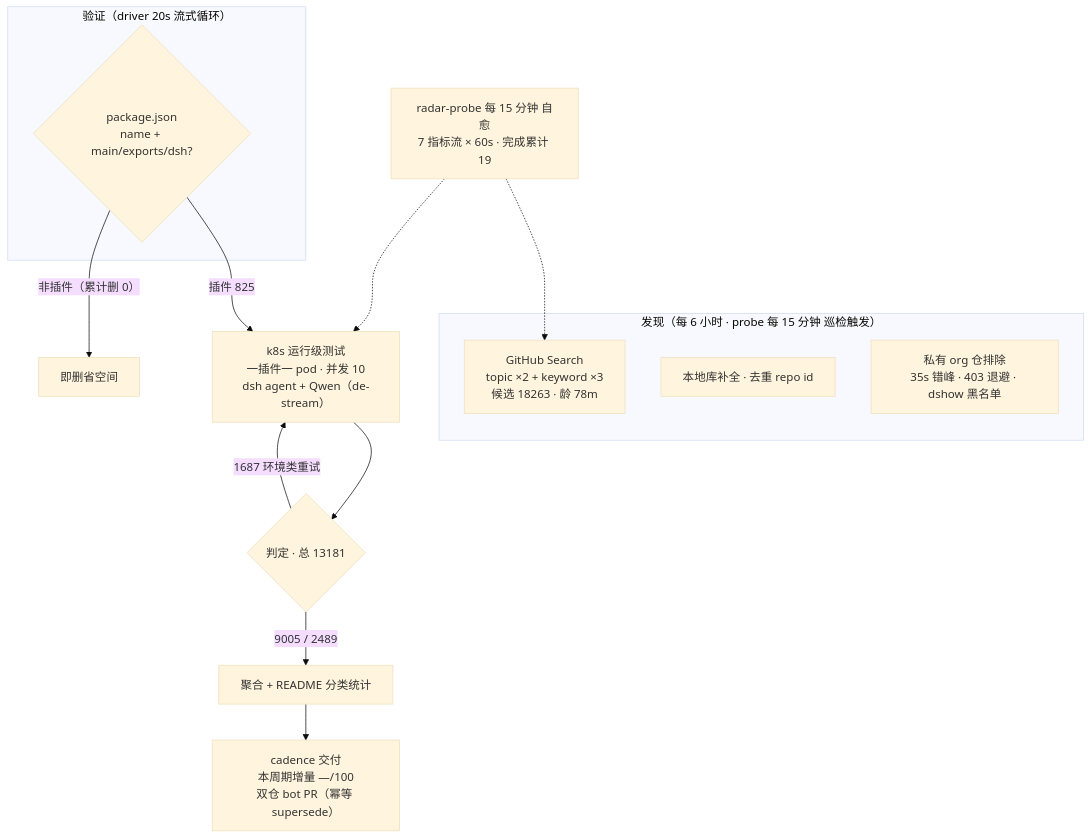
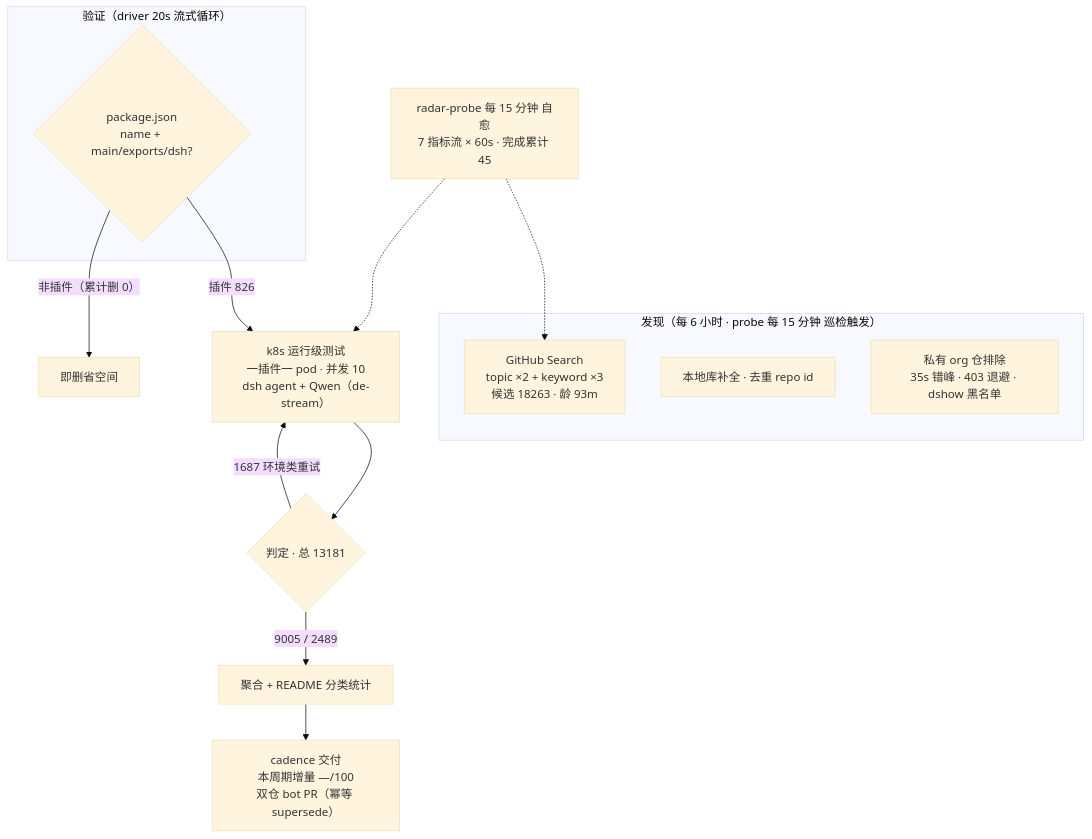
One commit to AdamPlatin123/awesome-dsh-plugins changed the diagram in README.md. Above: the diagram before and after it, drawn with Mermaid (base theme). The commit also changed other lines of this file and 5 other files, not shown here.

````diff
--- a/README.md
+++ b/README.md
@@ -52,20 +52,20 @@
 ```mermaid
 flowchart TB
     subgraph Discovery["发现（每 6 小时 · probe 每 15 分钟 巡检触发）"]
-        A1["GitHub Search<br/>topic ×2 + keyword ×3<br/>候选 18263 · 龄 78m"]
+        A1["GitHub Search<br/>topic ×2 + keyword ×3<br/>候选 18263 · 龄 93m"]
         A2["本地库补全 · 去重 repo id"]
         A3["私有 org 仓排除<br/>35s 错峰 · 403 退避 · dshow 黑名单"]
     end
     subgraph Validation["验证（driver 20s 流式循环）"]
         B1{"package.json<br/>name + main/exports/dsh?"}
     end
-    B1 -->|"插件 825"| C1["k8s 运行级测试<br/>一插件一 pod · 并发 10<br/>dsh agent + Qwen（de-stream）"]
+    B1 -->|"插件 826"| C1["k8s 运行级测试<br/>一插件一 pod · 并发 10<br/>dsh agent + Qwen（de-stream）"]
     B1 -->|"非插件（累计删 0）"| B3["即删省空间"]
     C1 --> D1{"判定 · 总 13181"}
     D1 -->|"9005 / 2489"| E1["聚合 + README 分类统计"]
     D1 -->|"1687 环境类重试"| C1
     E1 --> E2["cadence 交付<br/>本周期增量 —/100<br/>双仓 bot PR（幂等 supersede）"]
-    M["radar-probe 每 15 分钟 自愈<br/>7 指标流 × 60s · 完成累计 19"]
+    M["radar-probe 每 15 分钟 自愈<br/>7 指标流 × 60s · 完成累计 45"]
     M -.-> A1
     M -.-> C1
 ```
````
